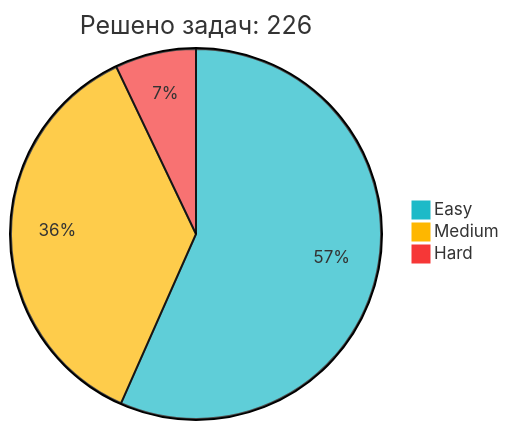
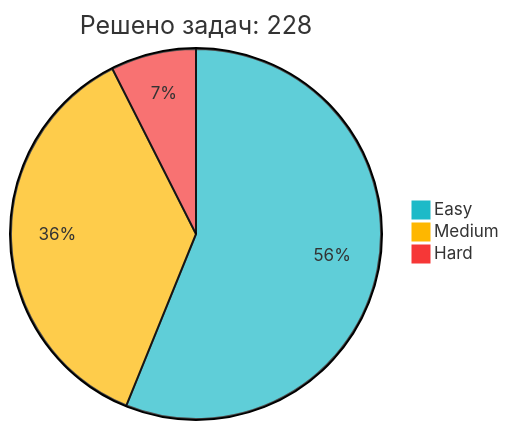
The diagram in README.md (IliaKurdukov/IliaKurdukov), drawn with Mermaid before and after one commit. The commit also changed other lines of this file, not shown here.

Commit message:
📈 Обновление статистики LeetCode

````diff
--- a/README.md
+++ b/README.md
@@ -51,7 +51,7 @@
 ```mermaid
 %%{init: {'theme': 'base', 'themeVariables': { 'pie1': '#1CBAC8', 'pie2': '#FEB700', 'pie3': '#F63737' }, 'config': {'width': 300, 'height': 200}}}%%
-pie title Решено задач: 226
+pie title Решено задач: 228
    "Easy" : 128
-   "Medium" : 82
-   "Hard" : 16
+   "Medium" : 83
+   "Hard" : 17
 ```
````
